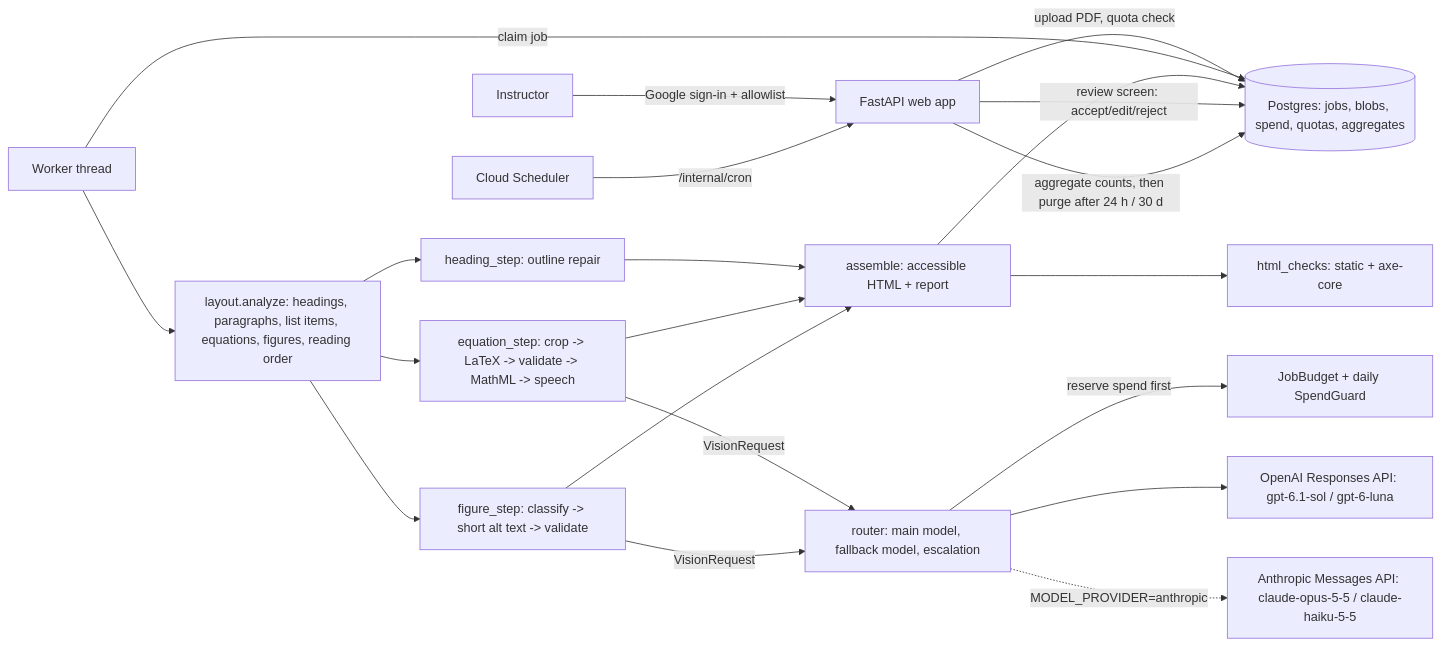
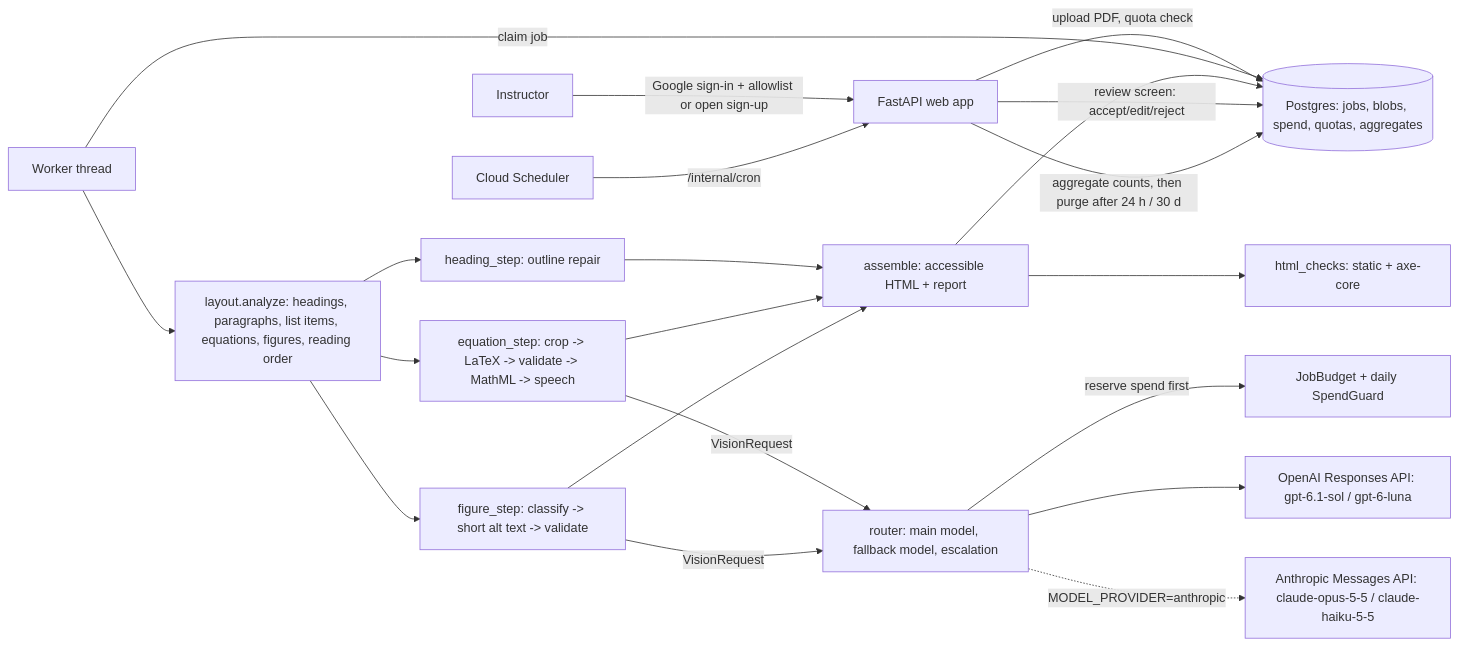
The diagram in docs/design/beta-architecture.md (harishm17/readablestem), drawn with Mermaid before and after one commit.

Commit message:
Docs: vendor sheet and architecture overview mention open sign-up

````diff
--- a/docs/design/beta-architecture.md
+++ b/docs/design/beta-architecture.md
@@ -25,20 +25,20 @@
 ```mermaid
 flowchart LR
-  U[Instructor] -->|Google sign-in + allowlist| W[FastAPI web app]
+  U[Instructor] -->|Google sign-in + allowlist or open sign-up| W[FastAPI web app]
   W -->|upload PDF, quota check| DB[(Postgres: jobs, blobs, spend, quotas, aggregates)]
   WK[Worker thread] -->|claim job| DB
   WK --> L[layout.analyze: headings, paragraphs, list items, equations, figures, reading order]
   L --> H[heading_step: outline repair]
   L --> E[equation_step: crop -> LaTeX -> validate -> MathML -> speech]
   L --> F[figure_step: classify -> short alt text -> validate]
   E & F -->|VisionRequest| R[router: main model, fallback model, escalation]
   R -->|reserve spend first| B[JobBudget + daily SpendGuard]
   R --> O[OpenAI Responses API: gpt-6.1-sol / gpt-6-luna]
   R -.->|MODEL_PROVIDER=anthropic| AN[Anthropic Messages API: claude-opus-5-5 / claude-haiku-5-5]
   H & E & F --> A[assemble: accessible HTML + report]
   A --> C[html_checks: static + axe-core]
   A --> DB
   W -->|review screen: accept/edit/reject| DB
   CR[Cloud Scheduler] -->|/internal/cron| W
   W -->|aggregate counts, then purge after 24 h / 30 d| DB
 ```
````
